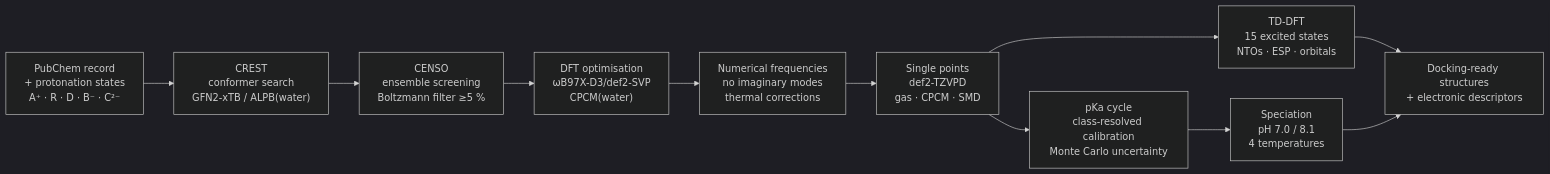
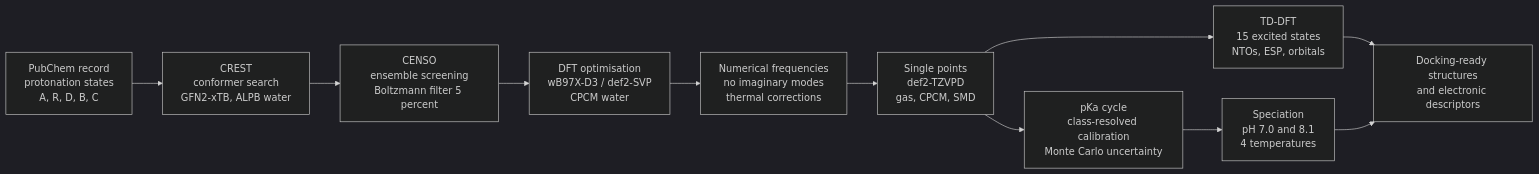
One commit to kmilozeta27/MAA-quantum-chemical-protocol changed the diagram in README.md. Above: the diagram before and after it, drawn with Mermaid (dark theme).

Commit message:
docs: simplify mermaid labels so GitHub renders the pipeline diagram

````diff
--- a/README.md
+++ b/README.md
@@ -67,13 +67,13 @@
 ```mermaid
 flowchart LR
-    A["PubChem record<br/>+ protonation states<br/>A⁺ · R · D · B⁻ · C²⁻"] --> B["CREST<br/>conformer search<br/>GFN2-xTB / ALPB(water)"]
-    B --> C["CENSO<br/>ensemble screening<br/>Boltzmann filter ≥5 %"]
-    C --> D["DFT optimisation<br/>ωB97X-D3/def2-SVP<br/>CPCM(water)"]
+    A["PubChem record<br/>protonation states<br/>A, R, D, B, C"] --> B["CREST<br/>conformer search<br/>GFN2-xTB, ALPB water"]
+    B --> C["CENSO<br/>ensemble screening<br/>Boltzmann filter 5 percent"]
+    C --> D["DFT optimisation<br/>wB97X-D3 / def2-SVP<br/>CPCM water"]
     D --> E["Numerical frequencies<br/>no imaginary modes<br/>thermal corrections"]
-    E --> F["Single points<br/>def2-TZVPD<br/>gas · CPCM · SMD"]
-    F --> G["TD-DFT<br/>15 excited states<br/>NTOs · ESP · orbitals"]
+    E --> F["Single points<br/>def2-TZVPD<br/>gas, CPCM, SMD"]
+    F --> G["TD-DFT<br/>15 excited states<br/>NTOs, ESP, orbitals"]
     F --> H["pKa cycle<br/>class-resolved calibration<br/>Monte Carlo uncertainty"]
-    H --> I["Speciation<br/>pH 7.0 / 8.1<br/>4 temperatures"]
-    G --> J["Docking-ready structures<br/>+ electronic descriptors"]
+    H --> I["Speciation<br/>pH 7.0 and 8.1<br/>4 temperatures"]
+    G --> J["Docking-ready structures<br/>and electronic descriptors"]
     I --> J
 ```
````
